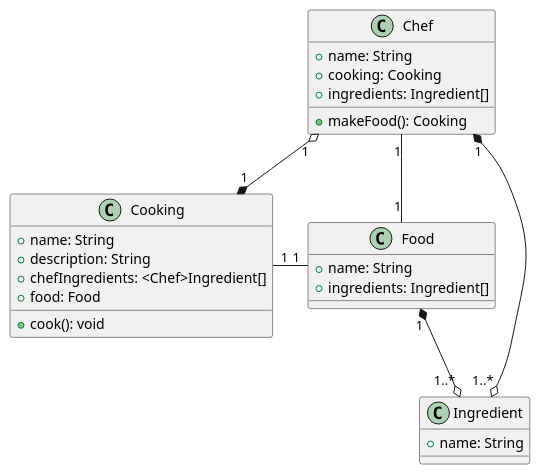
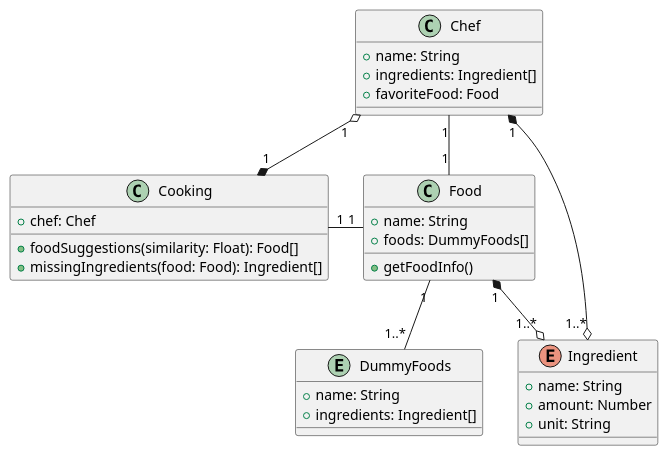
The diagram in architecture/class-diagram.puml (cihat/kokki), drawn with PlantUML before and after one commit. The commit also changed 1 other file, not shown here.

Commit message:
Update architecture after improvements in pseudo-code

```diff
--- a/architecture/class-diagram.puml
+++ b/architecture/class-diagram.puml
@@ -1,36 +1,42 @@
 @startuml Kokki
 
-class Food {
+entity DummyFoods {
   + name: String
   + ingredients: Ingredient[]
 }
 
-class Ingredient {
+enum Ingredient {
   + name: String
+  + amount: Number
+  + unit: String
+}
+
+class Food {
+  + name: String
+  + foods: DummyFoods[]
+
+  + getFoodInfo()
 }
 
 class Cooking {
-  + name: String
-  + description: String
-  + chefIngredients: <Chef>Ingredient[]
-  + food: Food
+  + chef: Chef
 
-  + cook(): void
+  + foodSuggestions(similarity: Float): Food[]
+  + missingIngredients(food: Food): Ingredient[]
 }
 
 class Chef {
   + name: String
-  + cooking: Cooking
   + ingredients: Ingredient[]
-
-  + makeFood(): Cooking
+  + favoriteFood: Food
 }
 
 Food "1" *--o "1..*" Ingredient
 Chef "1" *-left-o "1..*" Ingredient
 Chef "1" o-right-* "1" Cooking
 
 Food "1" -left- "1" Cooking
 Food "1" -up- "1" Chef
+Food "1" -down- "1..*" DummyFoods
 
 @enduml
```
